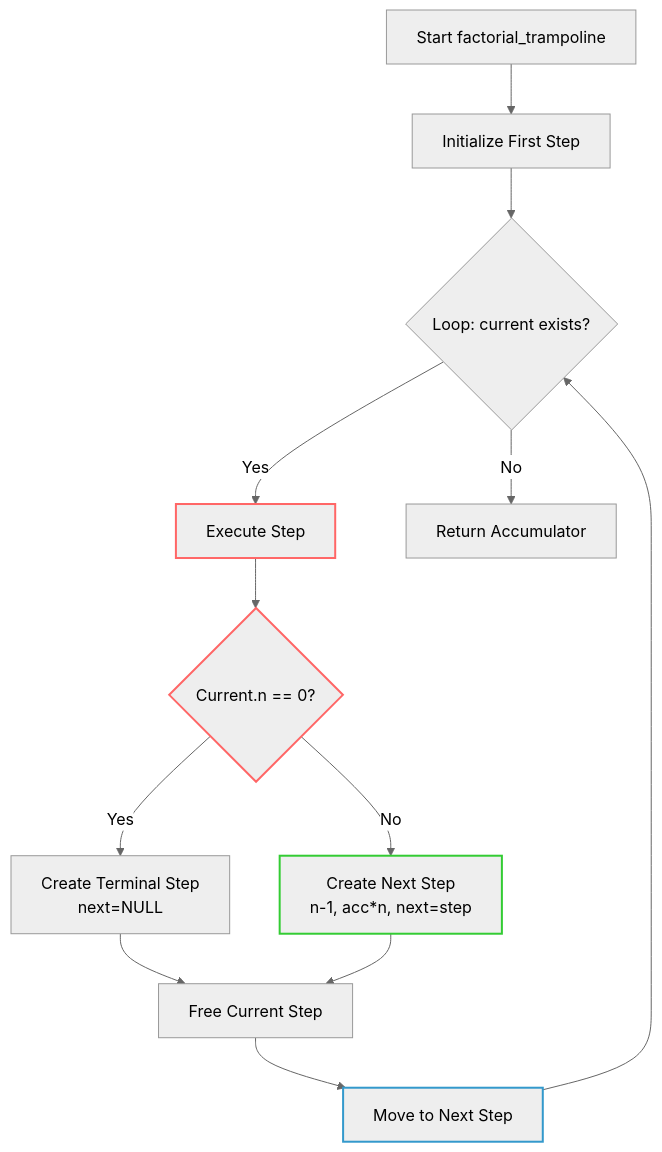
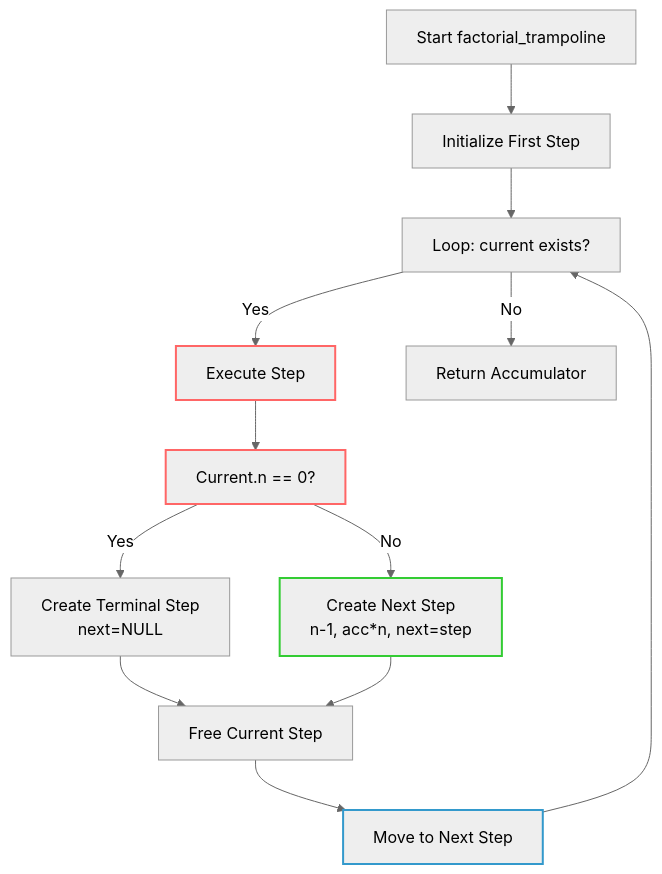
The diagram in workbook/ch07/mech/continue/README.md (Feyerabend/bb), drawn with Mermaid (neutral theme) before and after one commit. The commit also changed other lines of this file, not shown here.

````diff
--- a/workbook/ch07/mech/continue/README.md
+++ b/workbook/ch07/mech/continue/README.md
@@ -114,22 +116,22 @@
 ```mermaid
 graph TD
     A[Start factorial_trampoline] --> B[Initialize First Step]
-    B --> C{Loop: current exists?}
+    B --> C[Loop: current exists?]
     C -->|Yes| D[Execute Step]
-    D --> E{Current.n == 0?}
+    D --> E[Current.n == 0?]
     E -->|Yes| F[Create Terminal Step<br>next=NULL]
     E -->|No| G[Create Next Step<br>n-1, acc*n, next=step]
     F --> H[Free Current Step]
     G --> H
     H --> I[Move to Next Step]
     I --> C
     C -->|No| J[Return Accumulator]
     
     style D stroke:#f66,stroke-width:2px
     style E stroke:#f66,stroke-width:2px
     style G stroke:#3c3,stroke-width:2px
     style I stroke:#39c,stroke-width:2px
     
     click C "#loop" "Trampoline Loop Continuation"
     click G "#continue" "Continuation Point"
 ```
````
